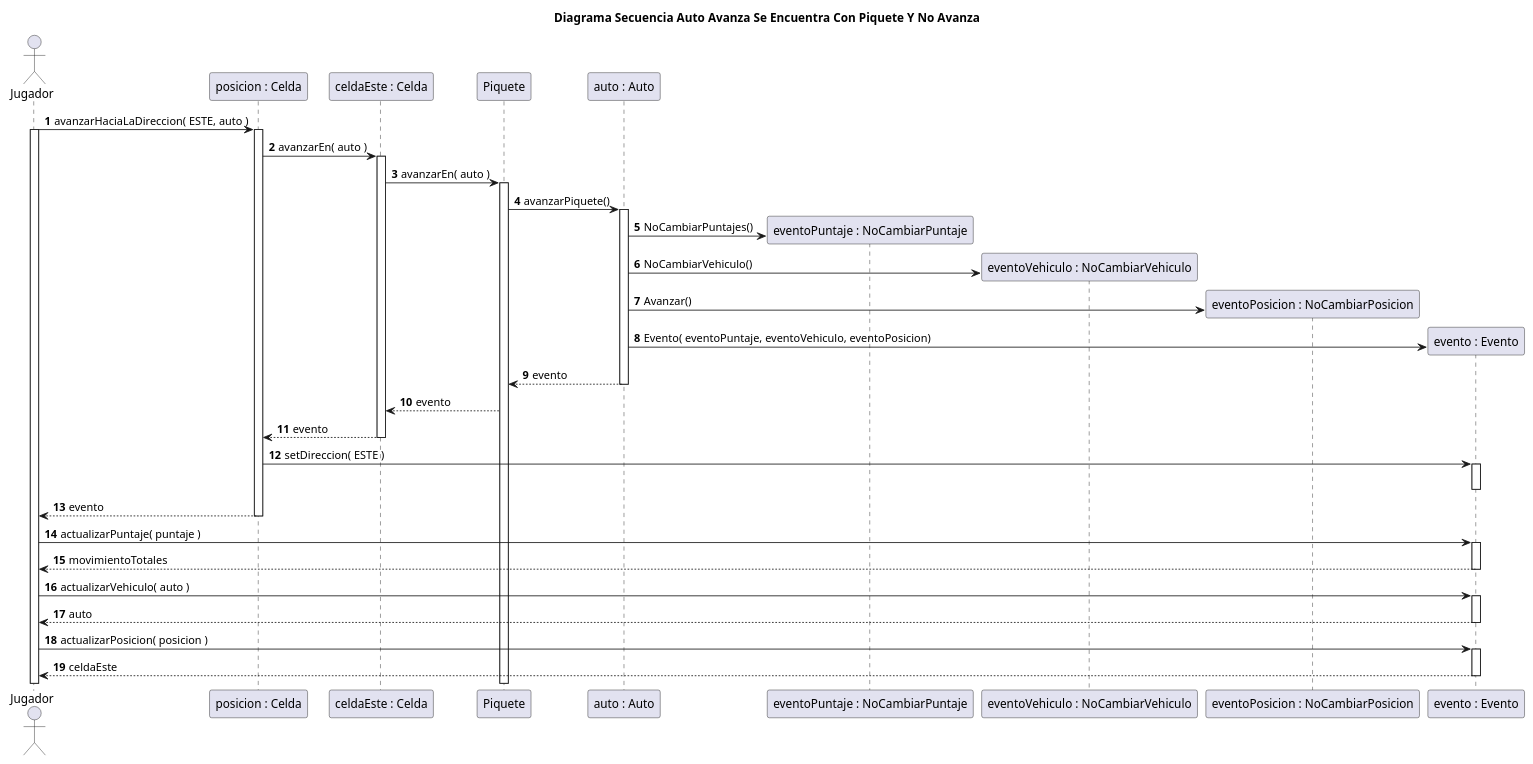
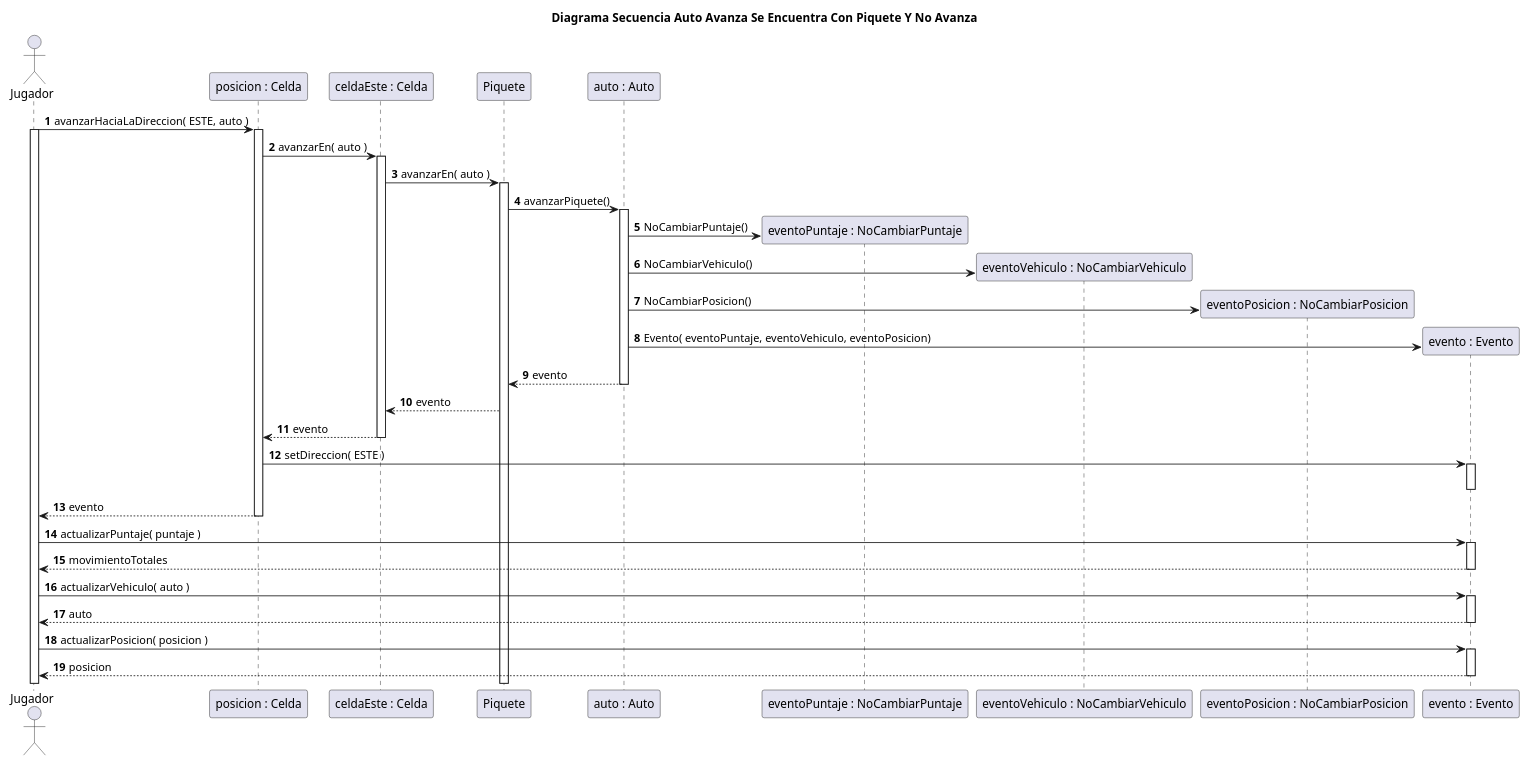
Before and after one commit to rodrigovzq/algo3_tp2: the diagram in diagrams/sequences/entrega1/actualizados/DiagramaSecuenciaCasoConPiqueteEnAuto.puml, drawn with PlantUML. The commit also changed 7 other files, not shown here.

Commit message:
Corrección de diagramas

```diff
--- a/diagrams/sequences/entrega1/actualizados/DiagramaSecuenciaCasoConPiqueteEnAuto.puml
+++ b/diagrams/sequences/entrega1/actualizados/DiagramaSecuenciaCasoConPiqueteEnAuto.puml
@@ -1,52 +1,52 @@
 @startuml
 title Diagrama Secuencia Auto Avanza Se Encuentra Con Piquete Y No Avanza
 
 autonumber
 
 actor Jugador
 
 Jugador -> "posicion : Celda"++: avanzarHaciaLaDireccion( ESTE, auto )
 
 activate Jugador
 "posicion : Celda" -> "celdaEste : Celda"++: avanzarEn( auto )
 
 
 "celdaEste : Celda" -> Piquete++: avanzarEn( auto )
 Piquete -> "auto : Auto"++: avanzarPiquete()
 
 create "eventoPuntaje : NoCambiarPuntaje"
-"auto : Auto" -> "eventoPuntaje : NoCambiarPuntaje": NoCambiarPuntajes()
+"auto : Auto" -> "eventoPuntaje : NoCambiarPuntaje": NoCambiarPuntaje()
 
 create "eventoVehiculo : NoCambiarVehiculo"
 "auto : Auto"  -> "eventoVehiculo : NoCambiarVehiculo": NoCambiarVehiculo()
 
 create "eventoPosicion : NoCambiarPosicion"
-"auto : Auto"  -> "eventoPosicion : NoCambiarPosicion": Avanzar()
+"auto : Auto"  -> "eventoPosicion : NoCambiarPosicion": NoCambiarPosicion()
 
 create "evento : Evento"
 "auto : Auto"  -> "evento : Evento": Evento( eventoPuntaje, eventoVehiculo, eventoPosicion)
 
 "auto : Auto" --> Piquete: evento
 deactivate "auto : Auto"
 
 Piquete --> "celdaEste : Celda": evento
 
 
 "celdaEste : Celda" --> "posicion : Celda": evento
 deactivate "celdaEste : Celda"
 
 "posicion : Celda" -> "evento : Evento"++: setDireccion( ESTE )
 deactivate "evento : Evento"
 "posicion : Celda" --> Jugador--: evento
 
 
 Jugador -> "evento : Evento"++: actualizarPuntaje( puntaje )
 Jugador <-- "evento : Evento"--: movimientoTotales
 
 Jugador -> "evento : Evento"++: actualizarVehiculo( auto )
 Jugador <-- "evento : Evento"--: auto
 
 Jugador -> "evento : Evento"++: actualizarPosicion( posicion )
-Jugador <-- "evento : Evento"--: celdaEste
+Jugador <-- "evento : Evento"--: posicion
 
 @enduml
```
